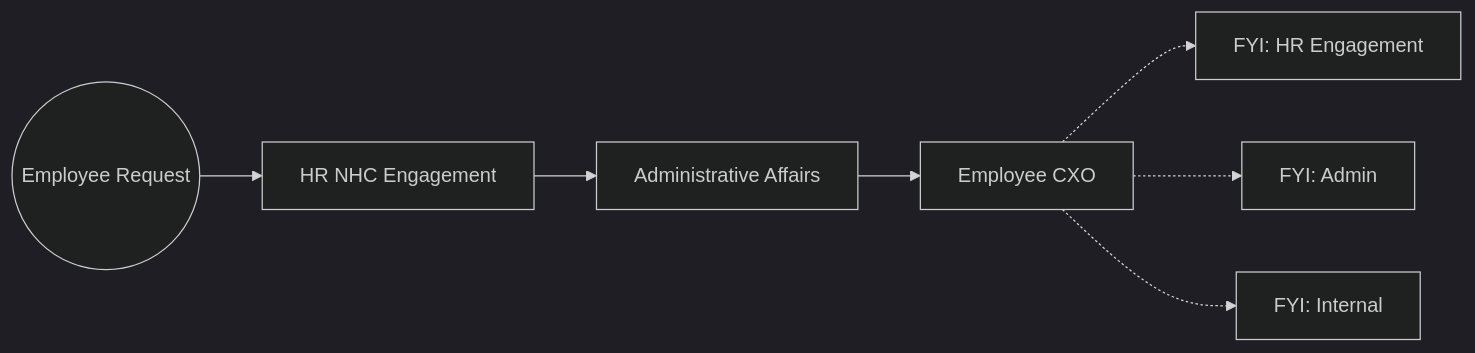
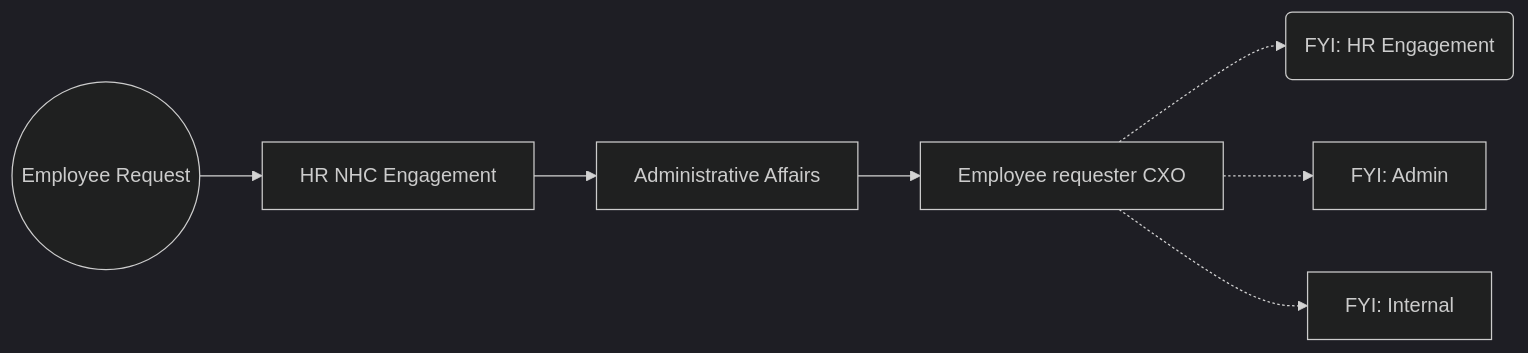
The diagram in README.md (xfoxxe/dd), drawn with Mermaid (dark theme) before and after one commit.

````diff
--- a/README.md
+++ b/README.md
@@ -1,19 +1,19 @@
 ```mermaid
 flowchart LR
     A((Employee Request))
     B[HR NHC Engagement]
     C[Administrative Affairs]
-    D[Employee CXO]
+    D[Employee requester CXO]
 
-    E[FYI: HR Engagement]
+    E(FYI: HR Engagement)
     F[FYI: Admin]
     G[FYI: Internal]
 
     A --> B
     B --> C
     C --> D
 
     D -.-> E
     D -.-> F
     D -.-> G
 ```
````
